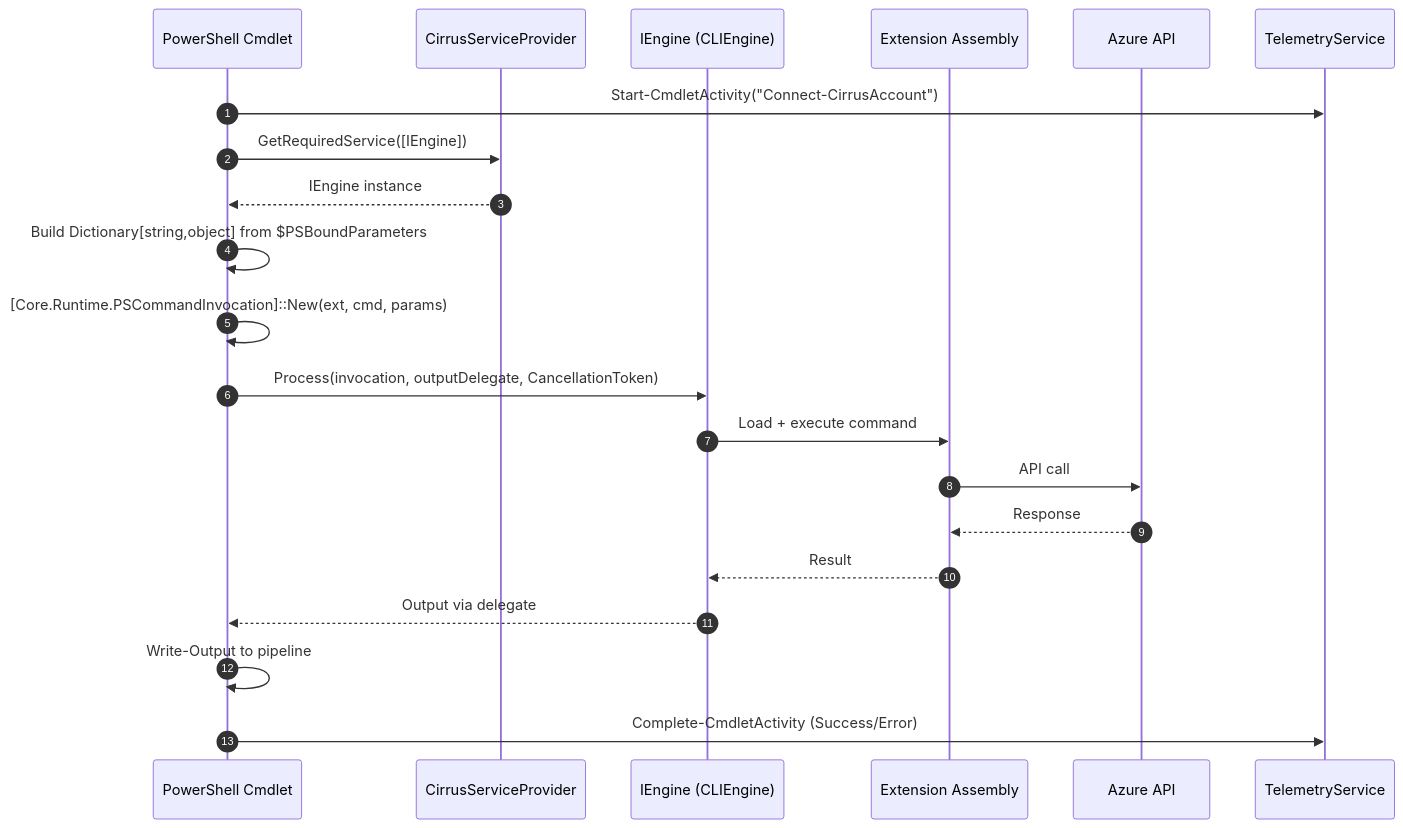
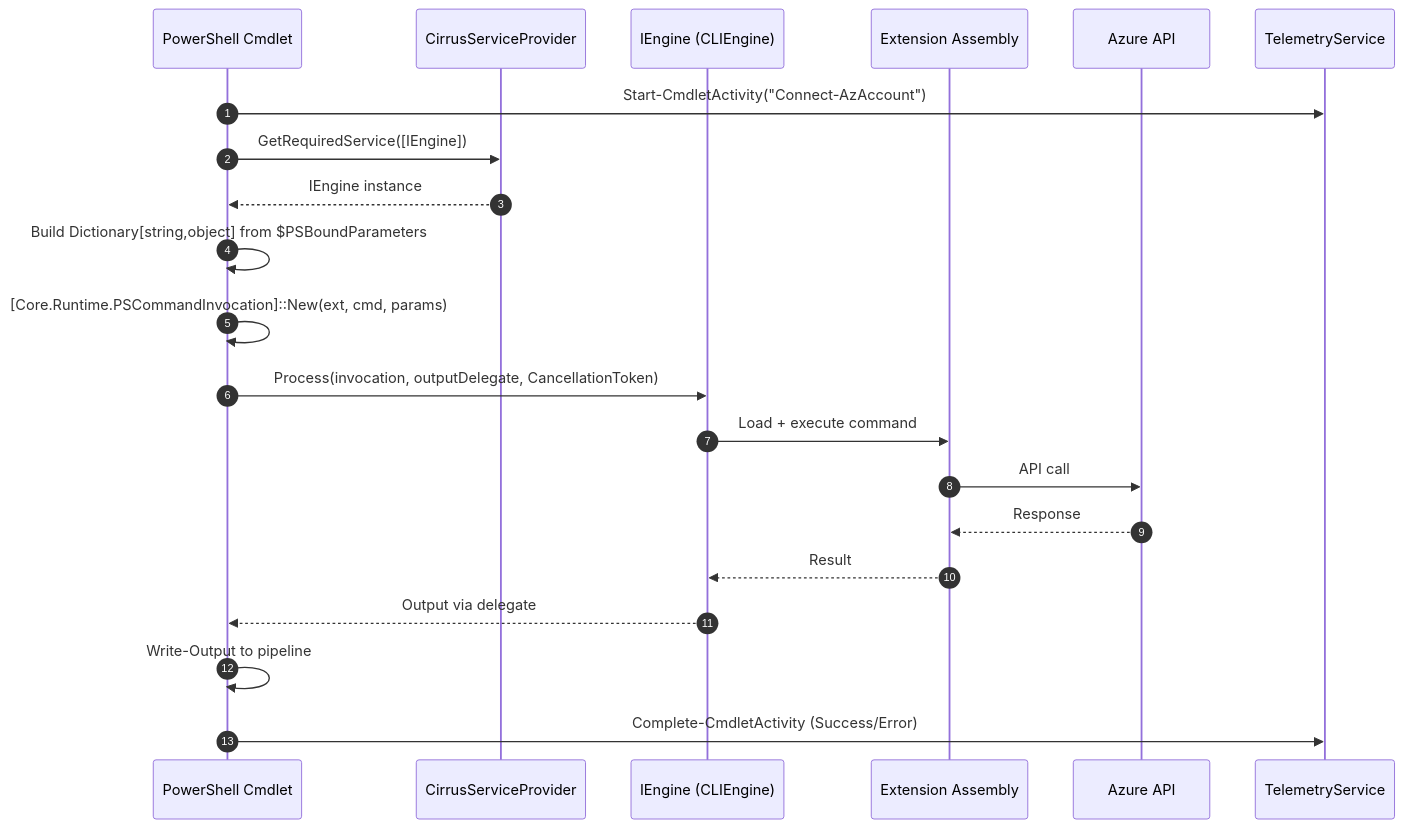
The second of 3 diagrams in wiki/01-getting-started/powershell-usage.md (Azure/azclips), drawn with Mermaid before and after one commit. The commit also changed other lines of this file and 56 other files, not shown here.

````diff
--- a/wiki/01-getting-started/powershell-usage.md
+++ b/wiki/01-getting-started/powershell-usage.md
@@ -175,24 +175,24 @@
 ```mermaid
 sequenceDiagram
     autonumber
     participant PS as PowerShell Cmdlet
     participant DI as CirrusServiceProvider
     participant Engine as IEngine (CLIEngine)
     participant Ext as Extension Assembly
     participant Azure as Azure API
     participant Tel as TelemetryService
 
-    PS->>Tel: Start-CmdletActivity("Connect-CirrusAccount")
+    PS->>Tel: Start-CmdletActivity("Connect-AzAccount")
     PS->>DI: GetRequiredService([IEngine])
     DI-->>PS: IEngine instance
     PS->>PS: Build Dictionary[string,object] from $PSBoundParameters
     PS->>PS: [Core.Runtime.PSCommandInvocation]::New(ext, cmd, params)
     PS->>Engine: Process(invocation, outputDelegate, CancellationToken)
     Engine->>Ext: Load + execute command
     Ext->>Azure: API call
     Azure-->>Ext: Response
     Ext-->>Engine: Result
     Engine-->>PS: Output via delegate
     PS->>PS: Write-Output to pipeline
     PS->>Tel: Complete-CmdletActivity (Success/Error)
 ```
````
